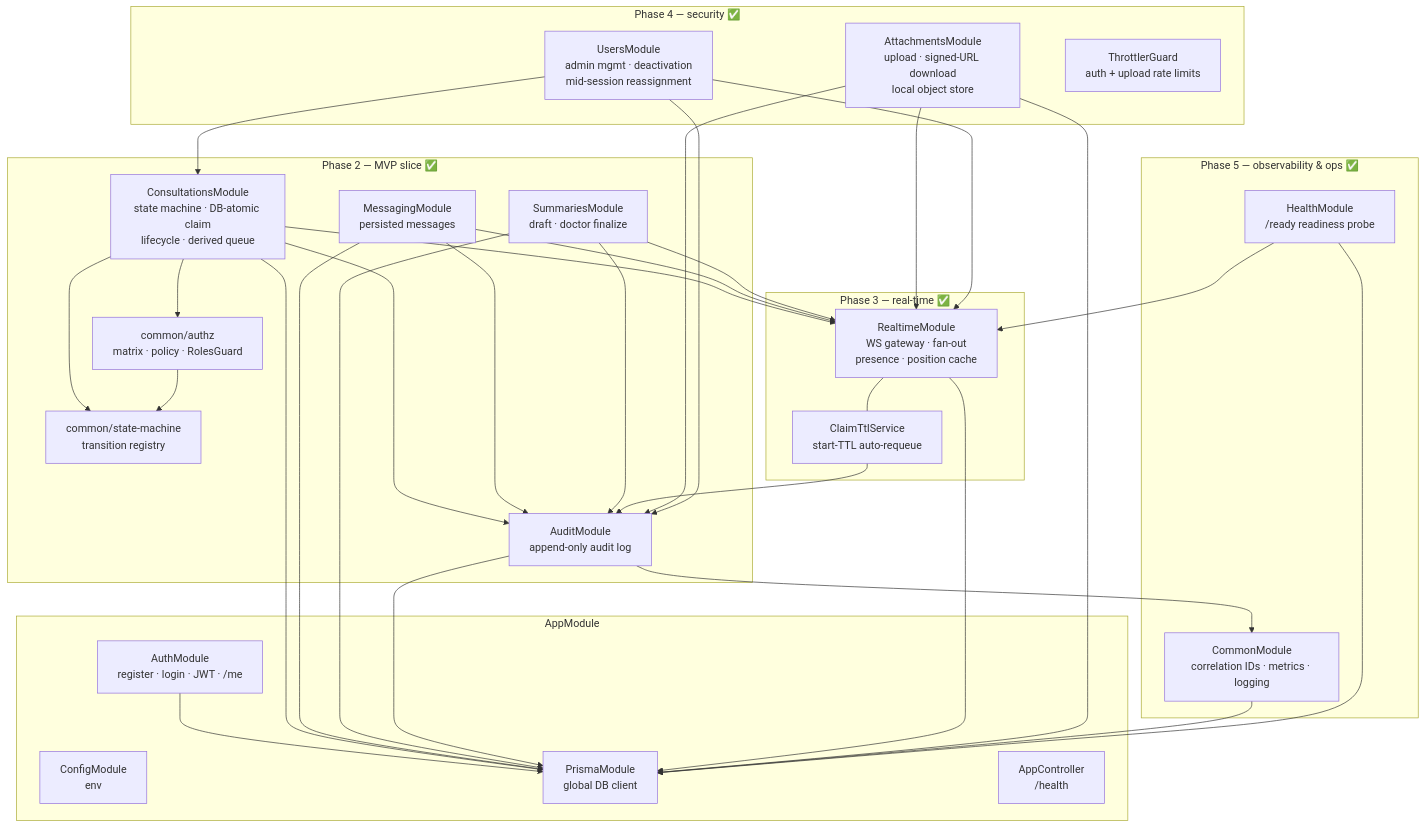
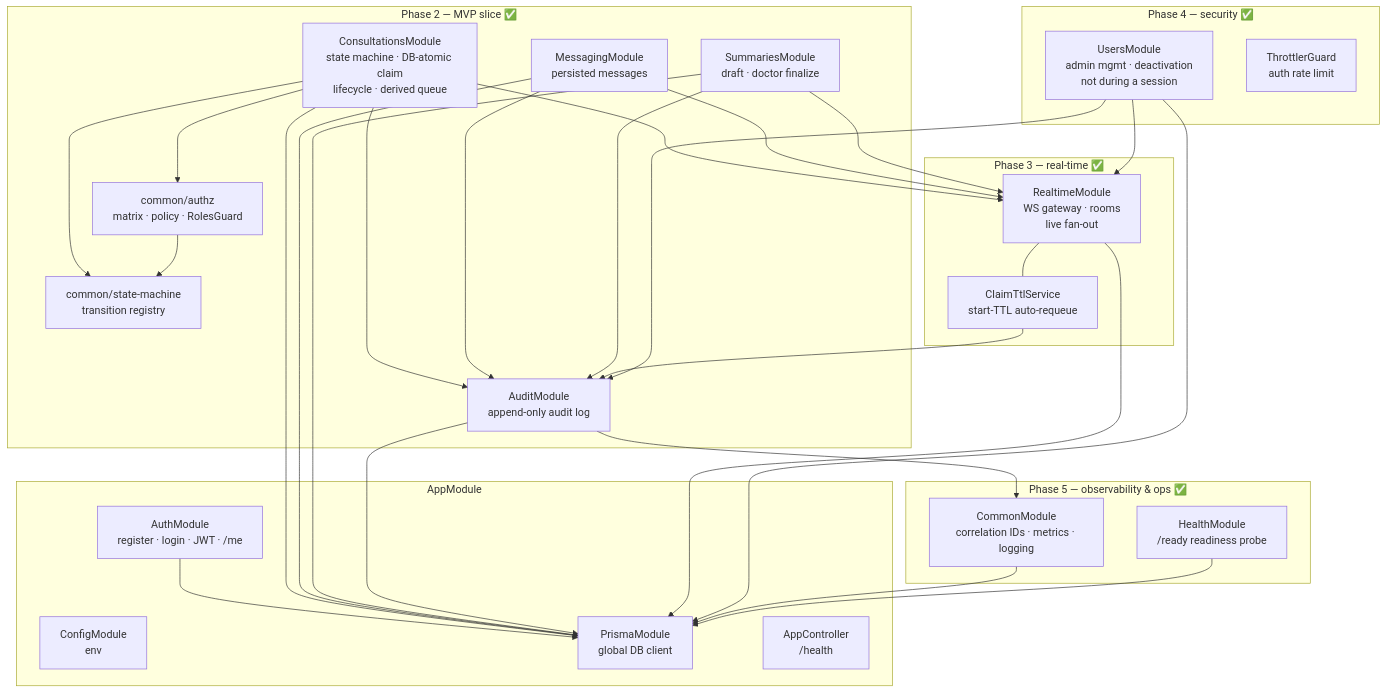
The second of 13 diagrams in docs/architecture.md (akritiupreti/virtual-consultation-platform), drawn with Mermaid before and after one commit. The commit also changed other lines of this file and 193 other files, not shown here.

First line of the commit message:
refactor: simplify consultation workflow and fix data-model diagram

````diff
--- a/docs/architecture.md
+++ b/docs/architecture.md
@@ -71,62 +62,57 @@
 ```mermaid
 flowchart TB
     subgraph app [AppModule]
         config[ConfigModule<br/>env]
         prisma[PrismaModule<br/>global DB client]
         auth[AuthModule<br/>register · login · JWT · /me]
         health[AppController<br/>/health]
     end
 
     subgraph phase2 [Phase 2 — MVP slice ✅]
         consult[ConsultationsModule<br/>state machine · DB-atomic claim<br/>lifecycle · derived queue]
         messaging[MessagingModule<br/>persisted messages]
         summaries[SummariesModule<br/>draft · doctor finalize]
         audit[AuditModule<br/>append-only audit log]
         authz[common/authz<br/>matrix · policy · RolesGuard]
         sm[common/state-machine<br/>transition registry]
     end
 
     subgraph phase3 [Phase 3 — real-time ✅]
-        realtime[RealtimeModule<br/>WS gateway · fan-out<br/>presence · position cache]
+        realtime[RealtimeModule<br/>WS gateway · rooms<br/>live fan-out]
         claimttl[ClaimTtlService<br/>start-TTL auto-requeue]
     end
 
     subgraph phase4 [Phase 4 — security ✅]
-        attach[AttachmentsModule<br/>upload · signed-URL download<br/>local object store]
-        usersm[UsersModule<br/>admin mgmt · deactivation<br/>mid-session reassignment]
-        throttle[ThrottlerGuard<br/>auth + upload rate limits]
+        usersm[UsersModule<br/>admin mgmt · deactivation<br/>not during a session]
+        throttle[ThrottlerGuard<br/>auth rate limit]
     end
 
     subgraph phase5 [Phase 5 — observability & ops ✅]
         common[CommonModule<br/>correlation IDs · metrics · logging]
         healthm[HealthModule<br/>/ready readiness probe]
     end
 
     auth --> prisma
     consult --> prisma
     messaging --> prisma
     summaries --> prisma
     audit --> prisma
     consult --> audit
     messaging --> audit
     summaries --> audit
     consult --> authz
     consult --> sm
     authz --> sm
     consult --> realtime
     messaging --> realtime
     summaries --> realtime
     realtime --- claimttl
     claimttl --> audit
     realtime --> prisma
-    attach --> prisma
-    attach --> audit
-    attach --> realtime
-    usersm --> consult
+    usersm --> prisma
     usersm --> realtime
     usersm --> audit
     common --> prisma
     audit --> common
     healthm --> prisma
-    healthm --> realtime
 ```
````
